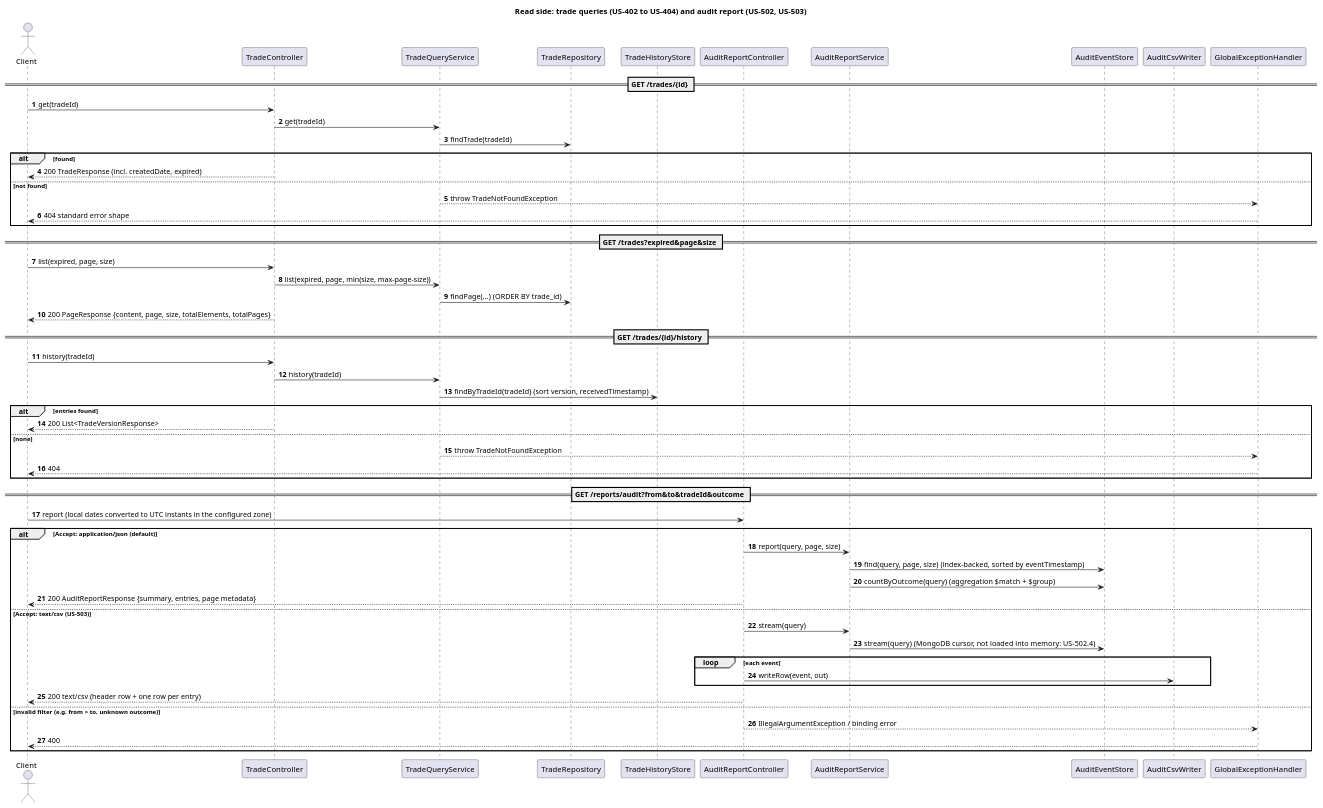
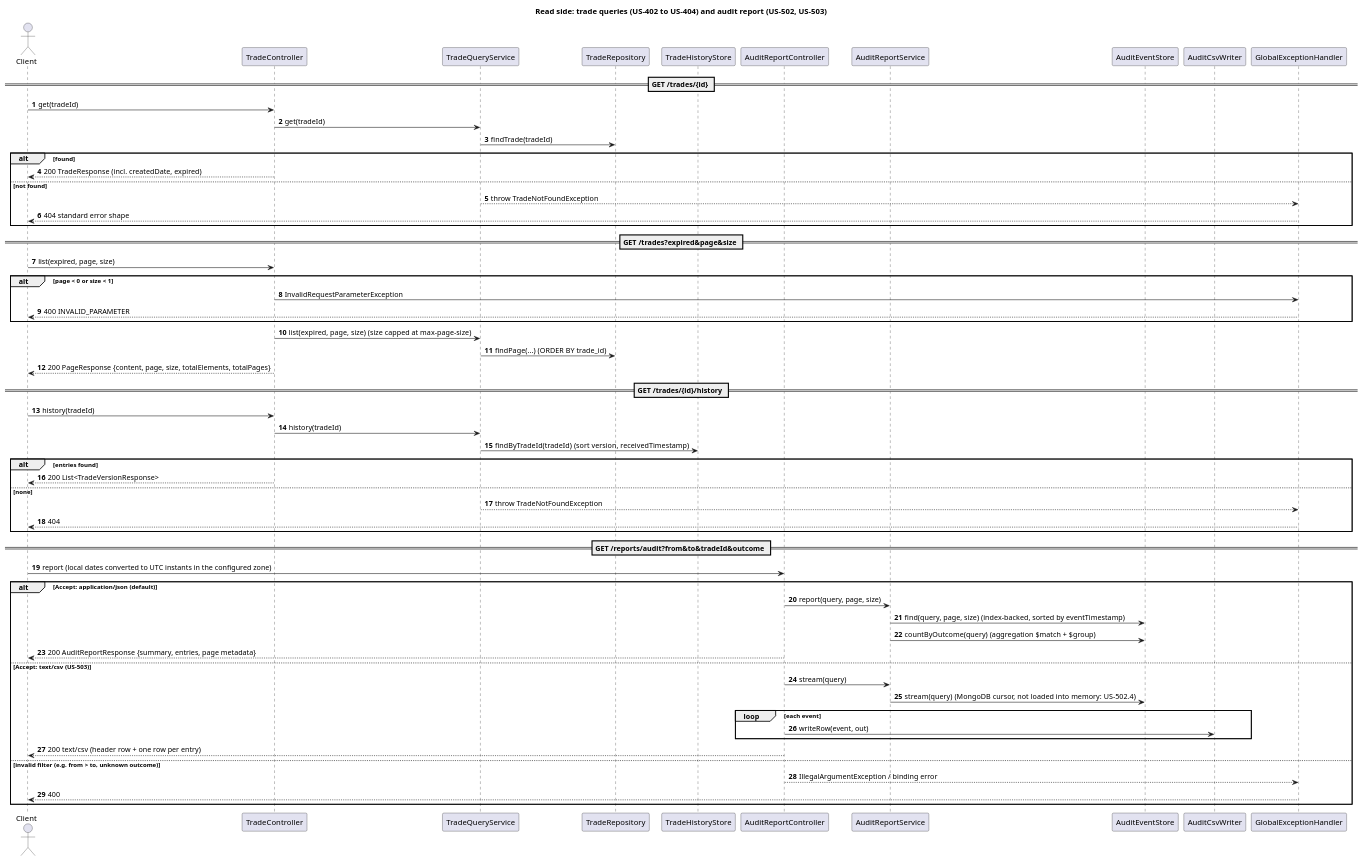
One commit to kuldipkumar/Trade-store changed the diagram in docs/diagrams/05-seq-queries-and-report.puml. Above: the diagram before and after it, drawn with PlantUML. The commit also changed 7 other files, not shown here.

Commit message:
docs: US-403 test review, class and queries diagrams, LLD 7, PROMPTS; milestone mirror for US-402 already added

```diff
--- a/docs/diagrams/05-seq-queries-and-report.puml
+++ b/docs/diagrams/05-seq-queries-and-report.puml
@@ -1,63 +1,67 @@
 @startuml 05-seq-queries-and-report
 title Read side: trade queries (US-402 to US-404) and audit report (US-502, US-503)
 
 autonumber
 actor Client
 participant TradeController
 participant TradeQueryService
 participant TradeRepository
 participant TradeHistoryStore
 participant AuditReportController
 participant AuditReportService
 participant AuditEventStore
 participant AuditCsvWriter
 participant GlobalExceptionHandler
 
 == GET /trades/{id} ==
 Client -> TradeController : get(tradeId)
 TradeController -> TradeQueryService : get(tradeId)
 TradeQueryService -> TradeRepository : findTrade(tradeId)
 alt found
   TradeController --> Client : 200 TradeResponse (incl. createdDate, expired)
 else not found
   TradeQueryService --> GlobalExceptionHandler : throw TradeNotFoundException
   GlobalExceptionHandler --> Client : 404 standard error shape
 end
 
 == GET /trades?expired&page&size ==
 Client -> TradeController : list(expired, page, size)
-TradeController -> TradeQueryService : list(expired, page, min(size, max-page-size))
+alt page < 0 or size < 1
+  TradeController -> GlobalExceptionHandler : InvalidRequestParameterException
+  GlobalExceptionHandler --> Client : 400 INVALID_PARAMETER
+end
+TradeController -> TradeQueryService : list(expired, page, size)  (size capped at max-page-size)
 TradeQueryService -> TradeRepository : findPage(...)  (ORDER BY trade_id)
 TradeController --> Client : 200 PageResponse {content, page, size, totalElements, totalPages}
 
 == GET /trades/{id}/history ==
 Client -> TradeController : history(tradeId)
 TradeController -> TradeQueryService : history(tradeId)
 TradeQueryService -> TradeHistoryStore : findByTradeId(tradeId)  (sort version, receivedTimestamp)
 alt entries found
   TradeController --> Client : 200 List<TradeVersionResponse>
 else none
   TradeQueryService --> GlobalExceptionHandler : throw TradeNotFoundException
   GlobalExceptionHandler --> Client : 404
 end
 
 == GET /reports/audit?from&to&tradeId&outcome ==
 Client -> AuditReportController : report (local dates converted to UTC instants in the configured zone)
 alt Accept: application/json (default)
   AuditReportController -> AuditReportService : report(query, page, size)
   AuditReportService -> AuditEventStore : find(query, page, size)  (index-backed, sorted by eventTimestamp)
   AuditReportService -> AuditEventStore : countByOutcome(query)  (aggregation $match + $group)
   AuditReportController --> Client : 200 AuditReportResponse {summary, entries, page metadata}
 else Accept: text/csv (US-503)
   AuditReportController -> AuditReportService : stream(query)
   AuditReportService -> AuditEventStore : stream(query)  (MongoDB cursor, not loaded into memory: US-502.4)
   loop each event
     AuditReportController -> AuditCsvWriter : writeRow(event, out)
   end
   AuditReportController --> Client : 200 text/csv (header row + one row per entry)
 else invalid filter (e.g. from > to, unknown outcome)
   AuditReportController --> GlobalExceptionHandler : IllegalArgumentException / binding error
   GlobalExceptionHandler --> Client : 400
 end
 
 @enduml
```
